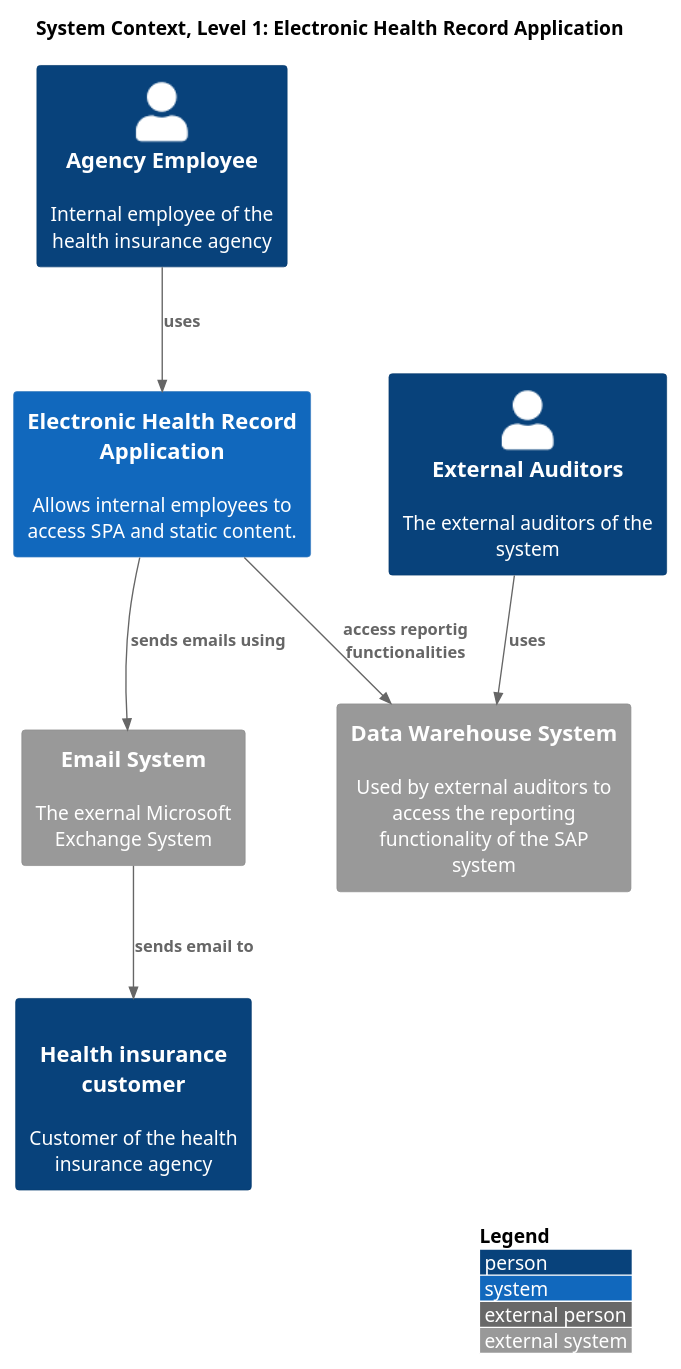
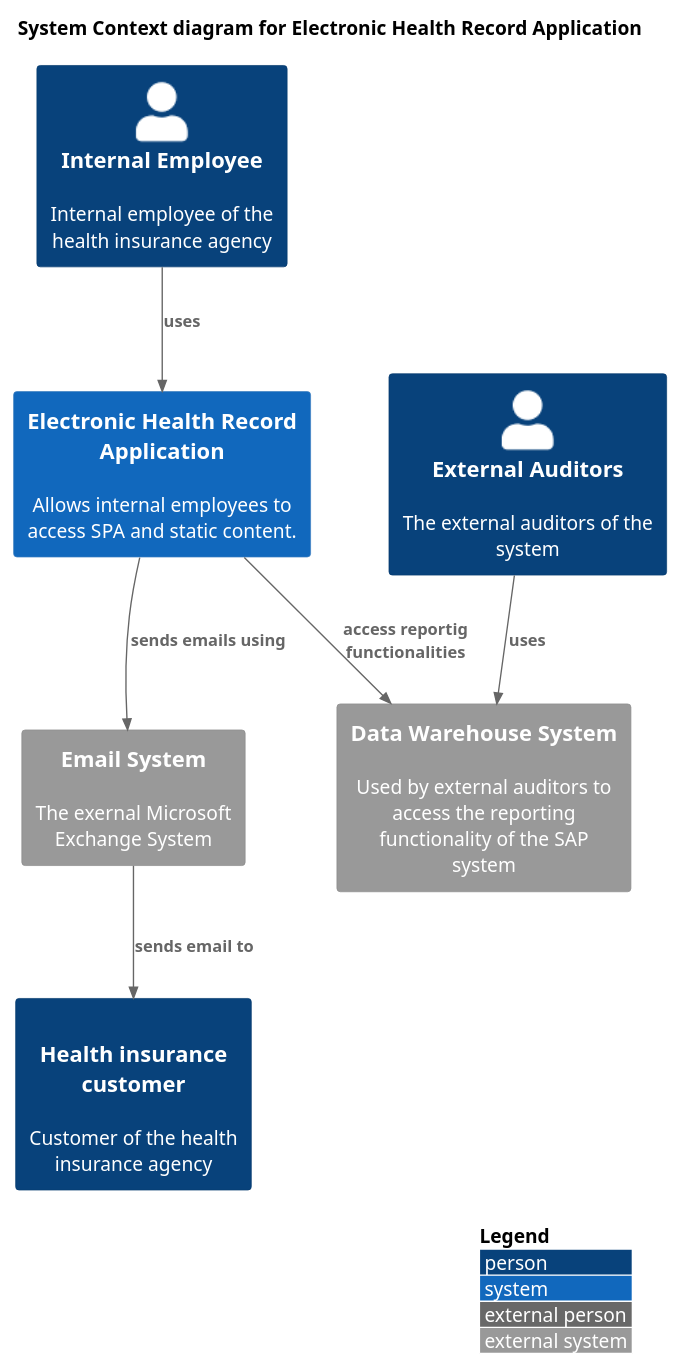
The diagram in level-1_system-context.puml (patricpoba/msem-sw.arch-c4-model-assignment), drawn with PlantUML before and after one commit. The commit also changed 5 other files, not shown here.

```diff
--- a/level-1_system-context.puml
+++ b/level-1_system-context.puml
@@ -1,31 +1,31 @@
 @startuml
 !include https://raw.githubusercontent.com/plantuml-stdlib/C4-PlantUML/master/C4_Context.puml
 
 LAYOUT_WITH_LEGEND()
 
-title System Context, Level 1: Electronic Health Record Application
+title System Context diagram for Electronic Health Record Application
 
-Person(employee, "Agency Employee", "Internal employee of the health insurance agency")
+Person(employee, "Internal Employee", "Internal employee of the health insurance agency")
 Person(customer, "Health insurance customer", "Customer of the health insurance agency", "user")
 Person(auditor, "External Auditors", "The external auditors of the system")
 
 System(app, "Electronic Health Record Application", "Allows internal employees to access SPA and static content.")
 
 ' System(apiServer, "Api Application", "Provides the overall accounting functionality by providing a synchronous JSON/HTTPS based API")
 
 System_Ext(emailSystem, "Email System", "The exernal Microsoft Exchange System")
 System_Ext(dataWHS, "Data Warehouse System", "Used by external auditors to access the reporting functionality of the SAP system")
 ' System_Ext(sapSystem, "SAP System", "SAP R/3 System connected asynchronously using RFC (Remote Function Call)")
 
 Rel(employee, app, "uses")
 ' Rel(app, apiServer, "accesses functionalities")
 Rel(app, emailSystem, "sends emails using")
 Rel(emailSystem, customer, "sends email to")
 Rel(app, dataWHS, "access reportig functionalities")
 ' Rel(apiServer, sapSystem, "uses")
 ' Rel(customer, app, "uses")
 Rel(auditor, dataWHS, "uses")
 
  
 
 @enduml
```
